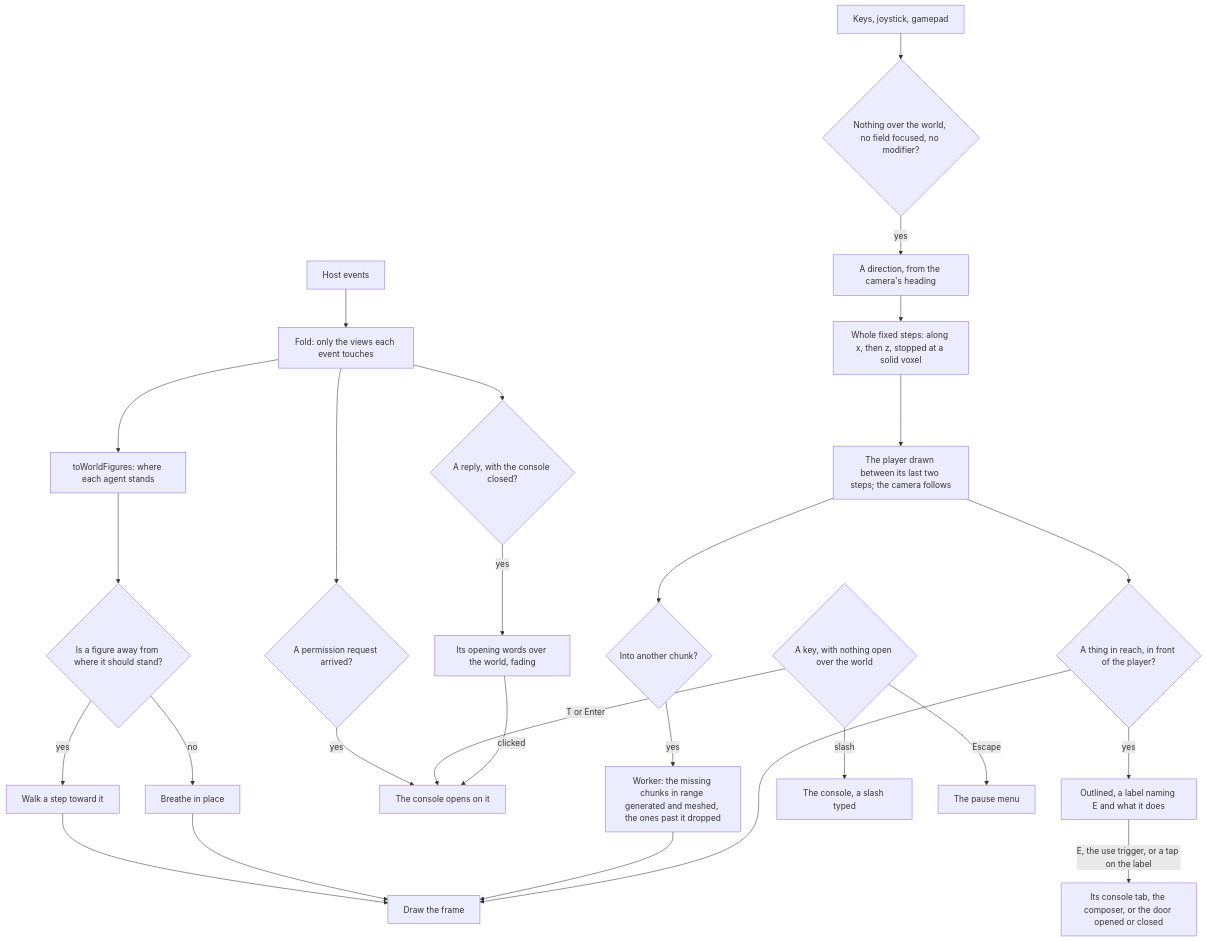
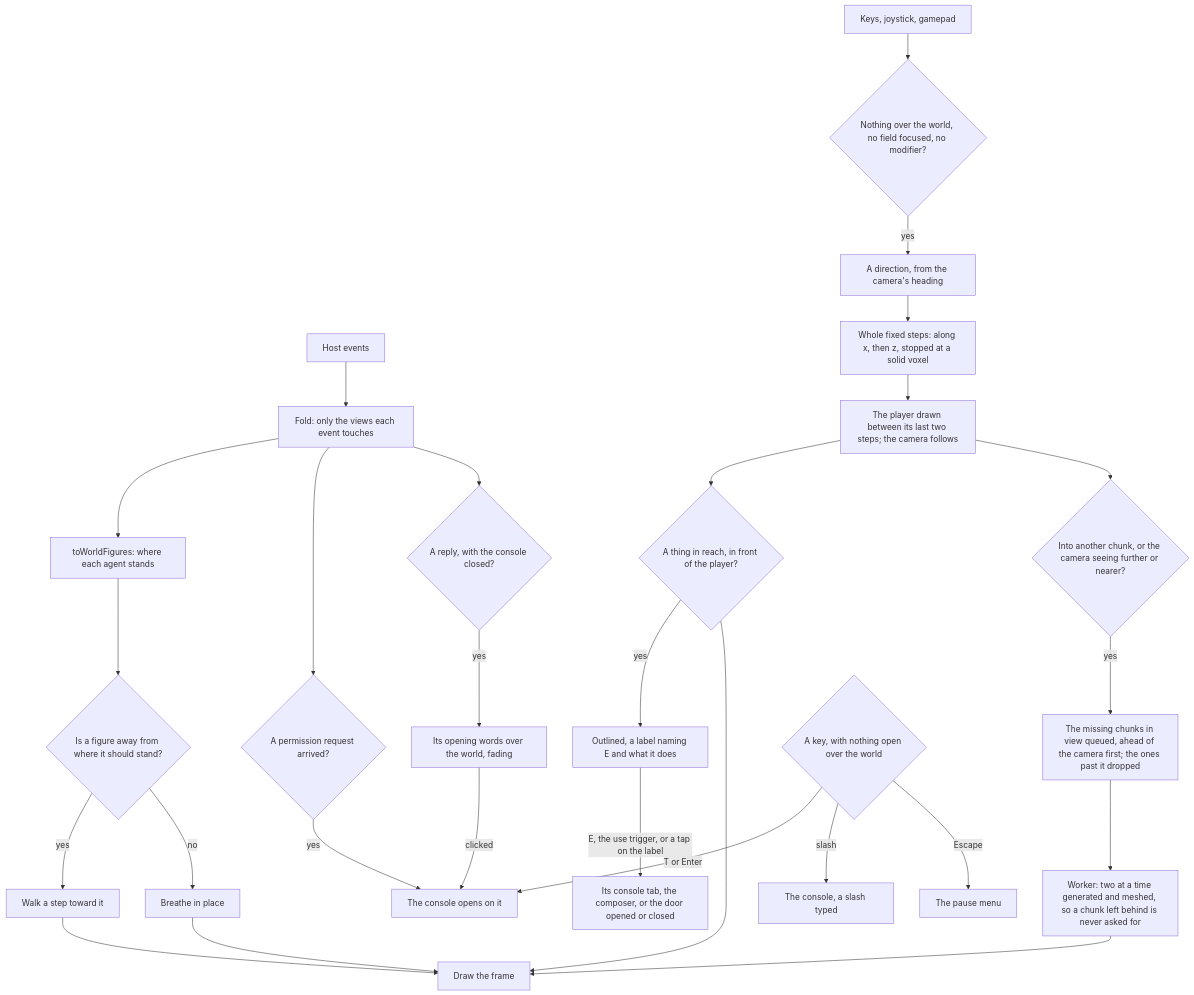
The diagram in apps/web/content/docs/infra/claude-interface/agent-console/voxel-world.md (Esposter/Esposter), drawn with Mermaid before and after one commit. The commit also changed other lines of this file and 6 other files, not shown here.

````diff
--- a/apps/web/content/docs/infra/claude-interface/agent-console/voxel-world.md
+++ b/apps/web/content/docs/infra/claude-interface/agent-console/voxel-world.md
@@ -12,29 +12,30 @@
 ```mermaid
 flowchart TD
   H[Host events] --> F[Fold: only the views each event touches]
   F --> M[toWorldFigures: where each agent stands]
   M --> W{Is a figure away from where it should stand?}
   W -->|yes| A[Walk a step toward it]
   W -->|no| B[Breathe in place]
   A --> R[Draw the frame]
   B --> R
   F --> Q{A permission request arrived?}
   Q -->|yes| C[The console opens on it]
   F --> N{A reply, with the console closed?}
   N -->|yes| L[Its opening words over the world, fading]
   I[Keys, joystick, gamepad] --> G{Nothing over the world, no field focused, no modifier?}
   G -->|yes| D[A direction, from the camera's heading]
   D --> X[Whole fixed steps: along x, then z, stopped at a solid voxel]
   X --> Y[The player drawn between its last two steps; the camera follows]
   Y --> Z{A thing in reach, in front of the player?}
-  Y --> CK{Into another chunk?}
-  CK -->|yes| WK[Worker: the missing chunks in range generated and meshed, the ones past it dropped]
+  Y --> CK{Into another chunk, or the camera seeing further or nearer?}
+  CK -->|yes| WQ[The missing chunks in view queued, ahead of the camera first; the ones past it dropped]
+  WQ --> WK[Worker: two at a time generated and meshed, so a chunk left behind is never asked for]
   WK --> R
   Z -->|yes| O[Outlined, a label naming E and what it does]
   O -->|E, the use trigger, or a tap on the label| U[Its console tab, the composer, or the door opened or closed]
   Z --> R
   K{A key, with nothing open over the world} -->|T or Enter| C
   K -->|slash| S[The console, a slash typed]
   K -->|Escape| P[The pause menu]
   L -->|clicked| C
 ```
````
